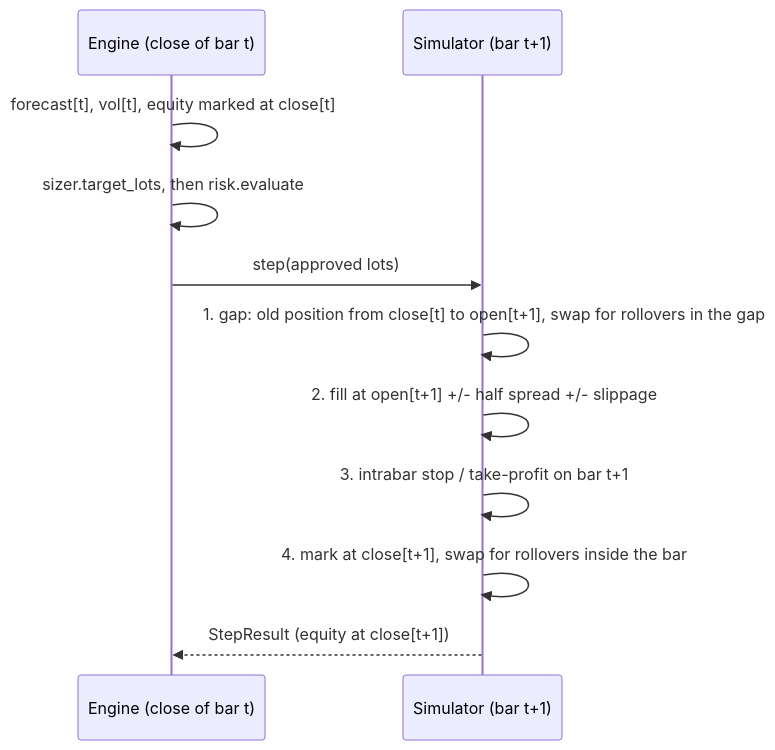
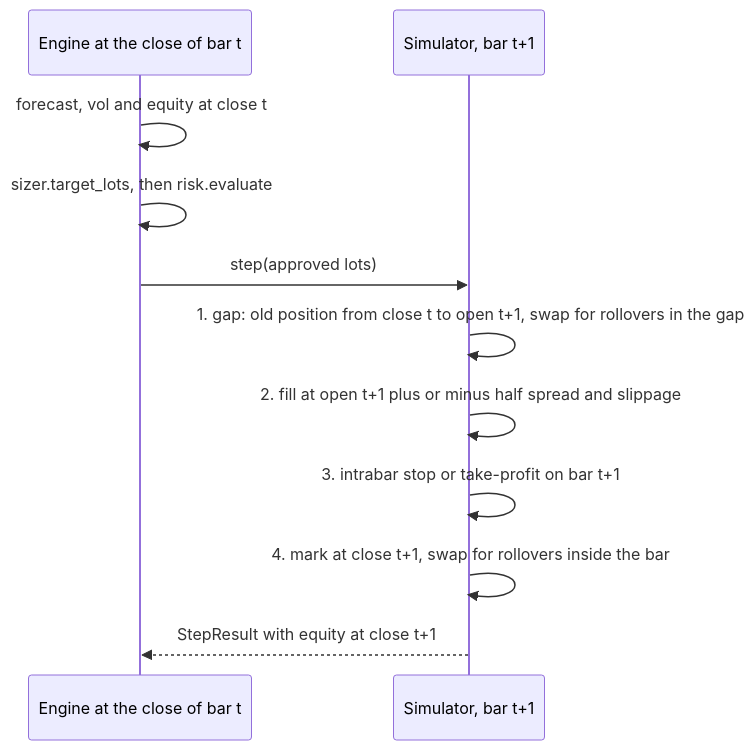
The first of 4 diagrams in docs/execution-and-costs.md (zero-was-here/tradingbot), drawn with Mermaid before and after one commit. The commit also changed other lines of this file and 302 other files, not shown here.

First line of the commit message:
Docs v2.1: math, diagrams and real-data figures for every algorithm

````diff
--- a/docs/execution-and-costs.md
+++ b/docs/execution-and-costs.md
@@ -34,13 +78,13 @@
 ```mermaid
 sequenceDiagram
-  participant E as Engine (close of bar t)
-  participant S as Simulator (bar t+1)
-  E->>E: forecast[t], vol[t], equity marked at close[t]
+  participant E as Engine at the close of bar t
+  participant S as Simulator, bar t+1
+  E->>E: forecast, vol and equity at close t
   E->>E: sizer.target_lots, then risk.evaluate
   E->>S: step(approved lots)
-  S->>S: 1. gap: old position from close[t] to open[t+1], swap for rollovers in the gap
-  S->>S: 2. fill at open[t+1] +/- half spread +/- slippage
-  S->>S: 3. intrabar stop / take-profit on bar t+1
-  S->>S: 4. mark at close[t+1], swap for rollovers inside the bar
-  S-->>E: StepResult (equity at close[t+1])
+  S->>S: 1. gap: old position from close t to open t+1, swap for rollovers in the gap
+  S->>S: 2. fill at open t+1 plus or minus half spread and slippage
+  S->>S: 3. intrabar stop or take-profit on bar t+1
+  S->>S: 4. mark at close t+1, swap for rollovers inside the bar
+  S-->>E: StepResult with equity at close t+1
 ```
````
